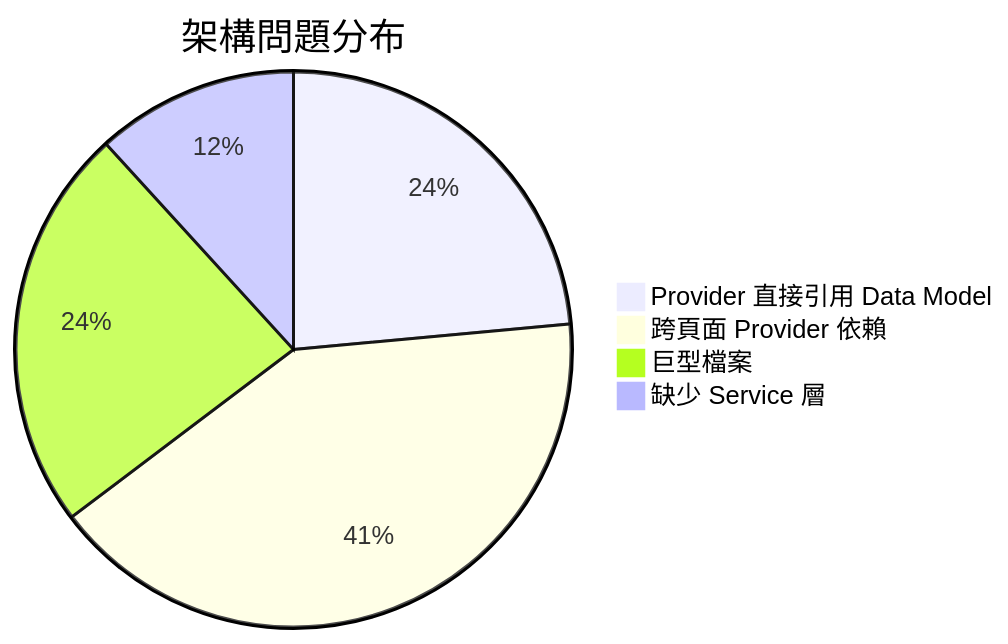
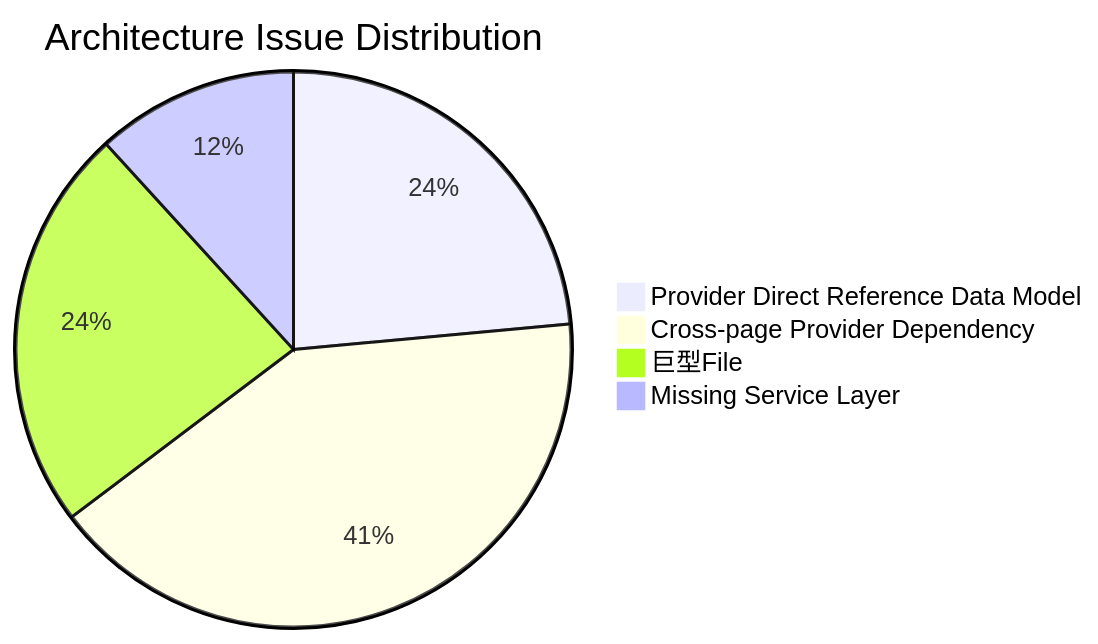
Diagram 11 of 12 in doc/architecture_analysis_2026-01-16.md (linksys/PrivacyGUI), drawn with Mermaid before and after one commit. The commit also changed other lines of this file and 58 other files, not shown here.

````diff
--- a/doc/architecture_analysis_2026-01-16.md
+++ b/doc/architecture_analysis_2026-01-16.md
@@ -459,7 +459,7 @@
 ```mermaid
-pie title 架構問題分布
-    "Provider 直接引用 Data Model" : 4
-    "跨頁面 Provider 依賴" : 7
-    "巨型檔案" : 4
-    "缺少 Service 層" : 2
+pie title Architecture Issue Distribution
+    "Provider Direct Reference Data Model" : 4
+    "Cross-page Provider Dependency" : 7
+    "巨型File" : 4
+    "Missing Service Layer" : 2
 ```
````
